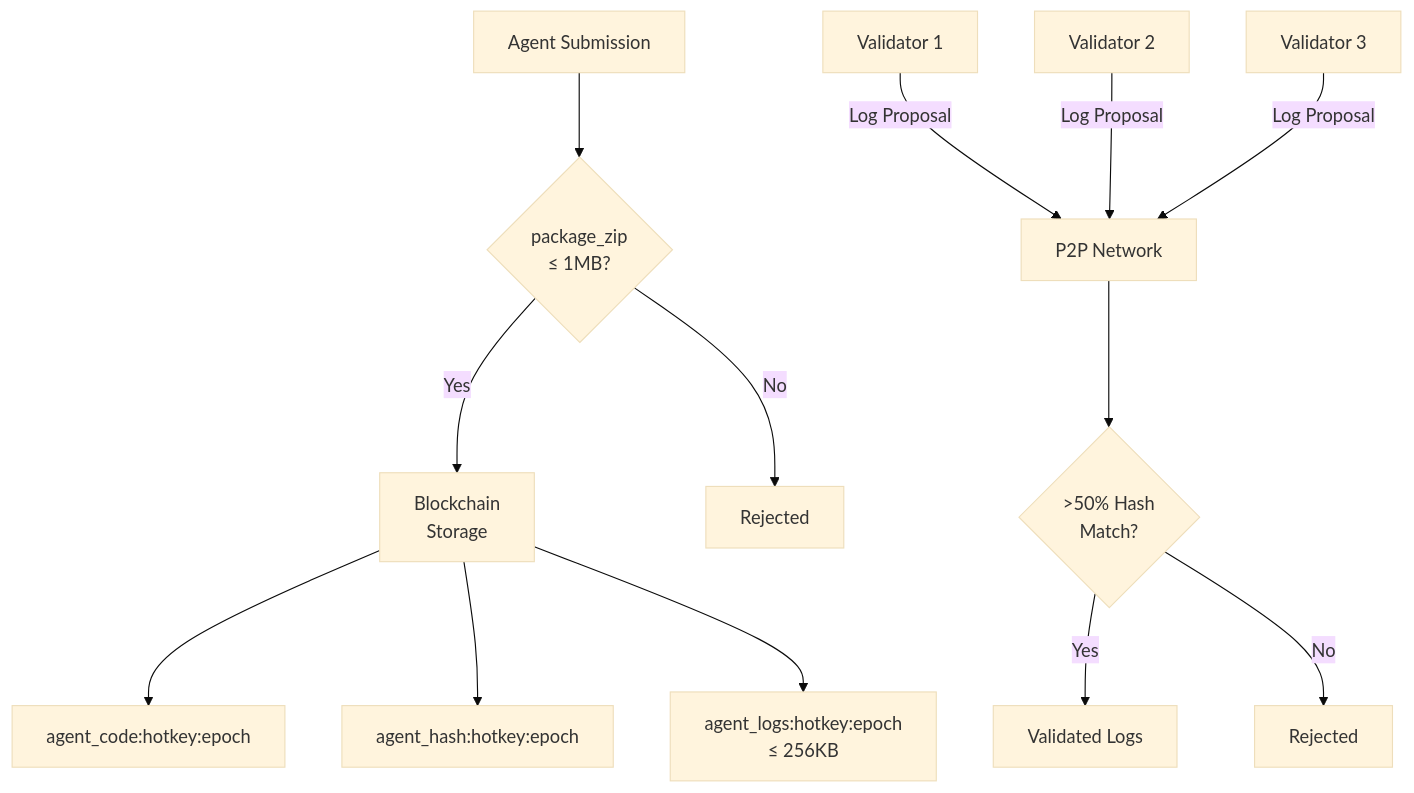
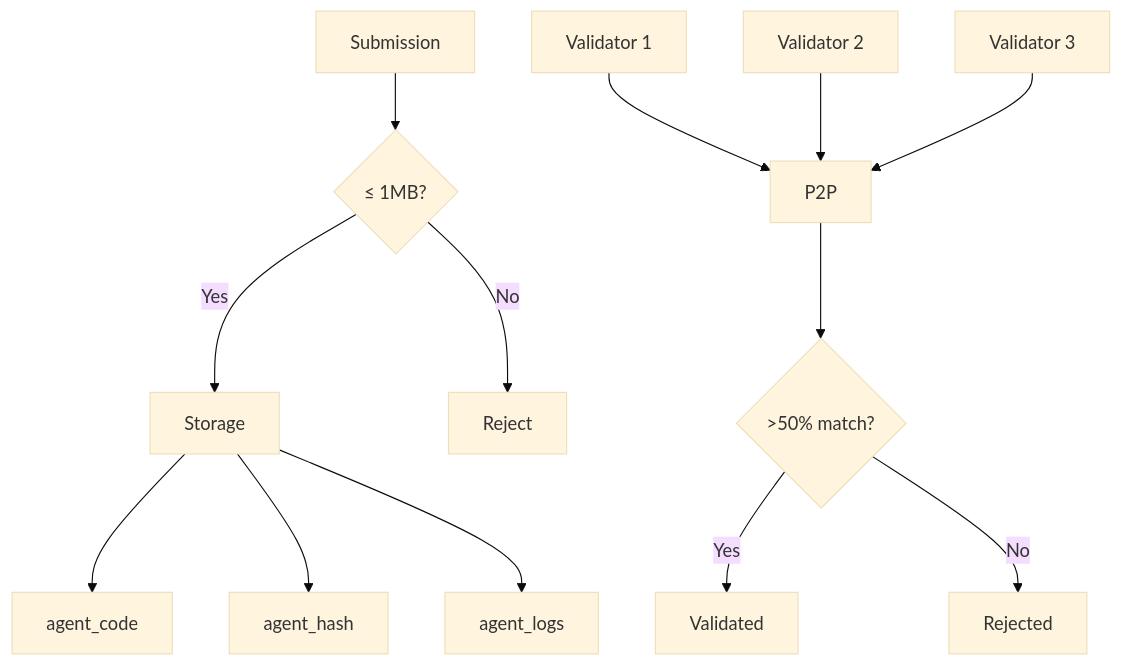
One commit to PlatformNetwork/roadmap changed the sixth of 13 diagrams in README.md. Above: the diagram before and after it, drawn with Mermaid (base theme). The commit also changed other lines of this file, not shown here.

Commit message:
style: simplify mermaid labels, move Data Fabrication to Q2

````diff
--- a/README.md
+++ b/README.md
@@ -180,16 +174,16 @@
 ```mermaid
 flowchart TB
-    Submit["Agent Submission"] --> ValidateSize{"package_zip\n≤ 1MB?"}
-    ValidateSize -->|Yes| Store["Blockchain\nStorage"]
-    ValidateSize -->|No| Reject["Rejected"]
-    Store --> Code["agent_code:hotkey:epoch"]
-    Store --> Hash["agent_hash:hotkey:epoch"]
-    Store --> Logs["agent_logs:hotkey:epoch\n≤ 256KB"]
+    Submit["Submission"] --> Size{"≤ 1MB?"}
+    Size -->|Yes| Store["Storage"]
+    Size -->|No| Reject["Reject"]
+    Store --> Code["agent_code"]
+    Store --> Hash["agent_hash"]
+    Store --> Logs["agent_logs"]
 
-    V1["Validator 1"] -->|Log Proposal| P2P["P2P Network"]
-    V2["Validator 2"] -->|Log Proposal| P2P
-    V3["Validator 3"] -->|Log Proposal| P2P
-    P2P --> HashMatch{">50% Hash\nMatch?"}
-    HashMatch -->|Yes| Validated["Validated Logs"]
-    HashMatch -->|No| Discarded["Rejected"]
+    V1["Validator 1"] --> P2P["P2P"]
+    V2["Validator 2"] --> P2P
+    V3["Validator 3"] --> P2P
+    P2P --> Match{">50% match?"}
+    Match -->|Yes| Valid["Validated"]
+    Match -->|No| Drop["Rejected"]
 ```
````
